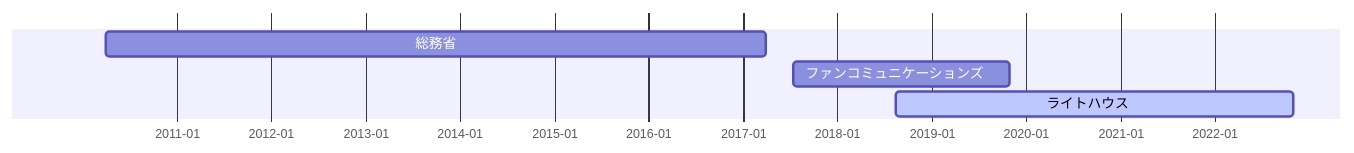
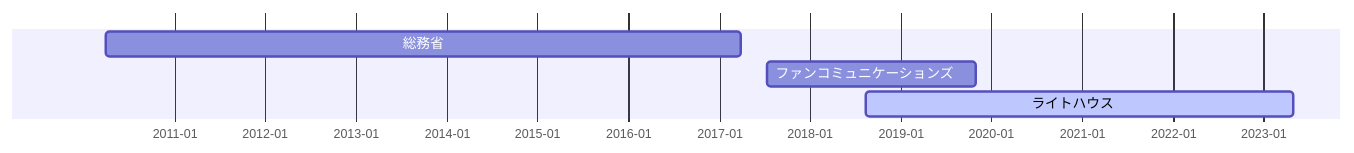
One commit to iHideck/resume changed the diagram in README.md. Above: the diagram before and after it, drawn with Mermaid.

````diff
--- a/README.md
+++ b/README.md
@@ -4,8 +4,8 @@
 ```mermaid
 gantt
     dateFormat YYYY-MM-DD
     axisFormat  %Y-%m
     総務省 :job1, 2010-04-01,2017-03-31
     ファンコミュニケーションズ　:job2, 2017-07-15,2019-10-31
-    ライトハウス　: active, job3, 2018-08-15, 2022-10-31
+    ライトハウス　: active, job3, 2018-08-15, 2023-04-30
 ```
````
